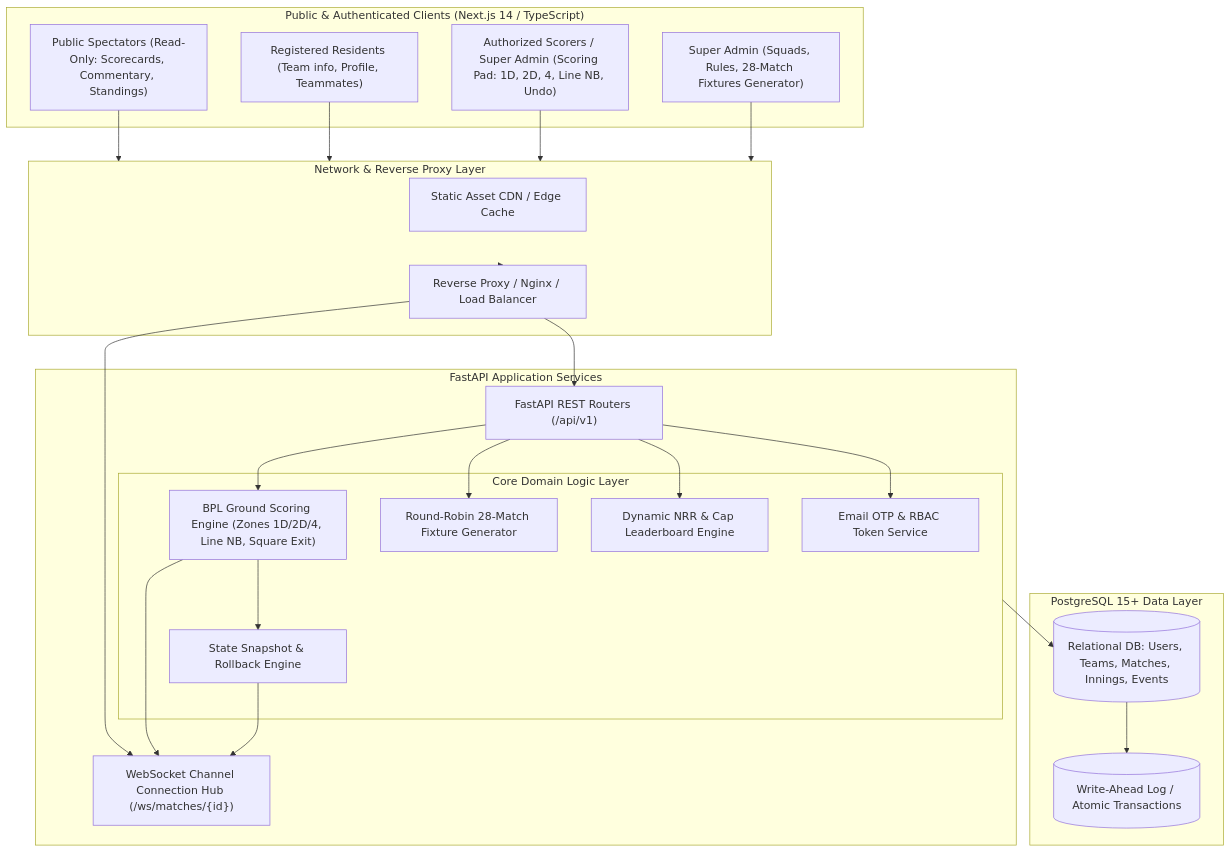
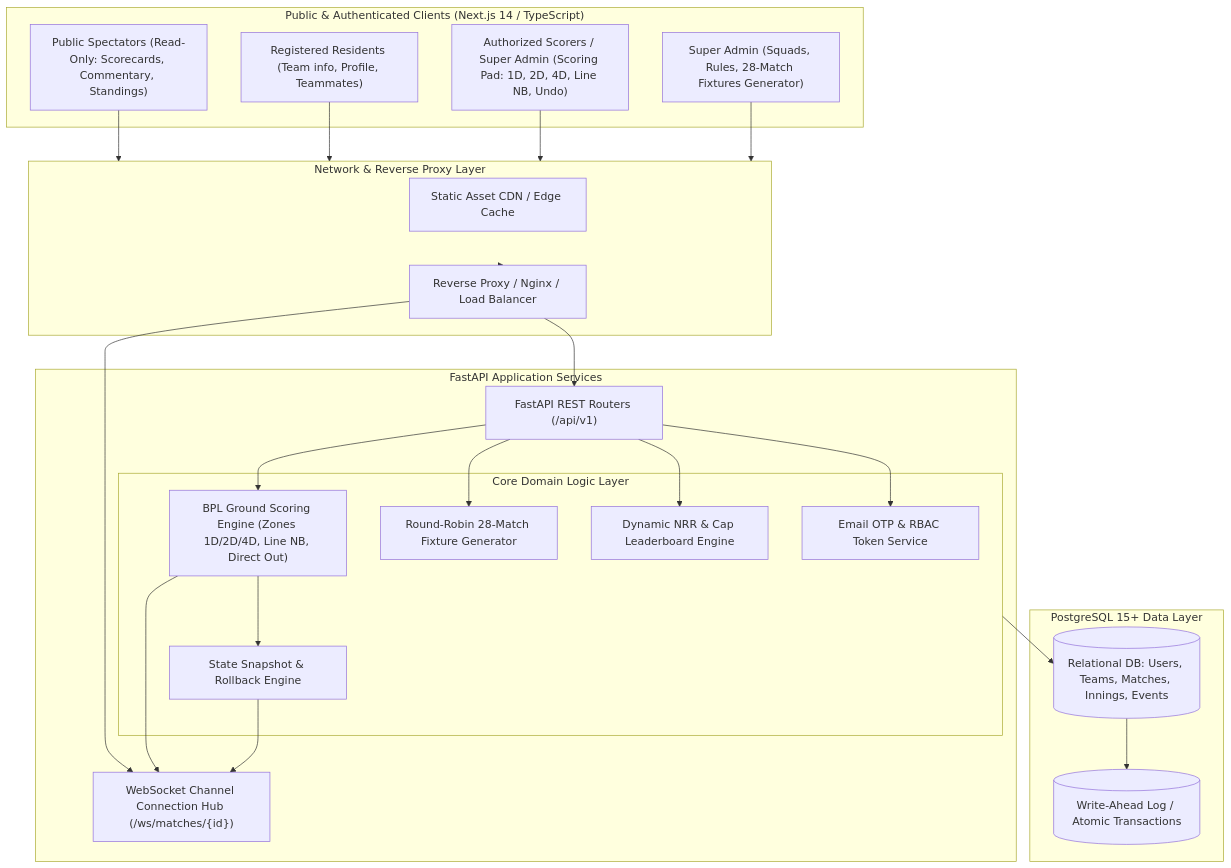
One commit to Yajat-Sharma/BPL changed the diagram in docs/ARCHITECTURE.md. Above: the diagram before and after it, drawn with Mermaid. The commit also changed other lines of this file and 4 other files, not shown here.

Commit message:
docs: integrate confirmed BPL scoring rules (DIRECT_OUT, NO_BALL +1 repeat, FIXED 4D, 1D, 2D, RUNS_COMPLETED, and zone precedence safeguard)

````diff
--- a/docs/ARCHITECTURE.md
+++ b/docs/ARCHITECTURE.md
@@ -22,53 +24,53 @@
 ```mermaid
 flowchart TD
     subgraph Clients ["Public & Authenticated Clients (Next.js 14 / TypeScript)"]
         PublicWeb["Public Spectators (Read-Only: Scorecards, Commentary, Standings)"]
         MemberPortal["Registered Residents (Team info, Profile, Teammates)"]
-        ScorerConsole["Authorized Scorers / Super Admin (Scoring Pad: 1D, 2D, 4, Line NB, Undo)"]
+        ScorerConsole["Authorized Scorers / Super Admin (Scoring Pad: 1D, 2D, 4D, Line NB, Undo)"]
         AdminDashboard["Super Admin (Squads, Rules, 28-Match Fixtures Generator)"]
     end
 
     subgraph Edge ["Network & Reverse Proxy Layer"]
         CDN["Static Asset CDN / Edge Cache"]
         API_Gateway["Reverse Proxy / Nginx / Load Balancer"]
     end
 
     subgraph BackendApp ["FastAPI Application Services"]
         RouterLayer["FastAPI REST Routers (/api/v1)"]
         WSManager["WebSocket Channel Connection Hub (/ws/matches/{id})"]
         
         subgraph CoreEngines ["Core Domain Logic Layer"]
-            BPLScoringEngine["BPL Ground Scoring Engine (Zones 1D/2D/4, Line NB, Square Exit)"]
+            BPLScoringEngine["BPL Ground Scoring Engine (Zones 1D/2D/4D, Line NB, Direct Out)"]
             RoundRobinGenerator["Round-Robin 28-Match Fixture Generator"]
             StatsEngine["Dynamic NRR & Cap Leaderboard Engine"]
             UndoService["State Snapshot & Rollback Engine"]
             AuthService["Email OTP & RBAC Token Service"]
         end
     end
 
     subgraph Persistence ["PostgreSQL 15+ Data Layer"]
         RelationalDB[(Relational DB: Users, Teams, Matches, Innings, Events)]
         WAL[(Write-Ahead Log / Atomic Transactions)]
     end
 
     PublicWeb --> Edge
     MemberPortal --> Edge
     ScorerConsole --> Edge
     AdminDashboard --> Edge
 
     Edge --> API_Gateway
     API_Gateway --> RouterLayer
     API_Gateway --> WSManager
 
     RouterLayer --> AuthService
     RouterLayer --> RoundRobinGenerator
     RouterLayer --> BPLScoringEngine
     RouterLayer --> StatsEngine
     
     BPLScoringEngine --> UndoService
     BPLScoringEngine --> WSManager
     UndoService --> WSManager
 
     CoreEngines --> RelationalDB
     RelationalDB --> WAL
 ```
````
